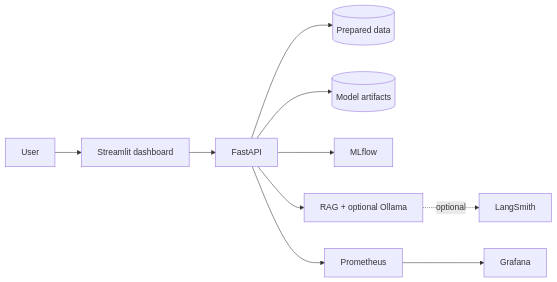
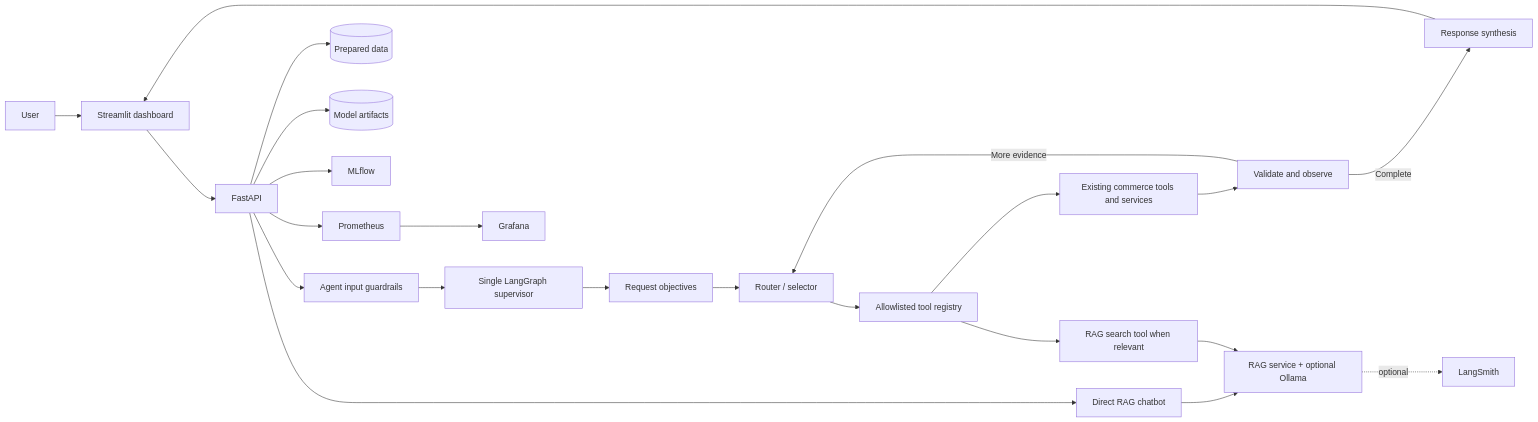
The diagram in docs/10_README.md (Niranjana2599/AI-Commerce-Analytics-Platform), drawn with Mermaid before and after one commit. The commit also changed other lines of this file and 8 other files, not shown here.

````diff
--- a/docs/10_README.md
+++ b/docs/10_README.md
@@ -21,12 +21,25 @@
 ```mermaid
 flowchart LR
   User --> Streamlit[Streamlit dashboard]
   Streamlit --> API[FastAPI]
+  API --> Guard[Agent input guardrails]
+  Guard --> Supervisor[Single LangGraph supervisor]
+  Supervisor --> Planner[Request objectives]
+  Planner --> Selector[Router / selector]
+  Selector --> Registry[Allowlisted tool registry]
+  Registry --> Tools[Existing commerce tools and services]
+  Tools --> Observe[Validate and observe]
+  Observe -->|More evidence| Selector
+  Observe -->|Complete| Answer[Response synthesis]
+  Answer --> Streamlit
   API --> Data[(Prepared data)]
   API --> Models[(Model artifacts)]
   API --> MLflow[MLflow]
-  API --> RAG[RAG + optional Ollama]
+  API --> Chat[Direct RAG chatbot]
+  Registry --> RAGTool[RAG search tool when relevant]
+  Chat --> RAG[RAG service + optional Ollama]
+  RAGTool --> RAG
   API --> Prometheus
   Prometheus --> Grafana
   RAG -. optional .-> LangSmith
 ```
````
